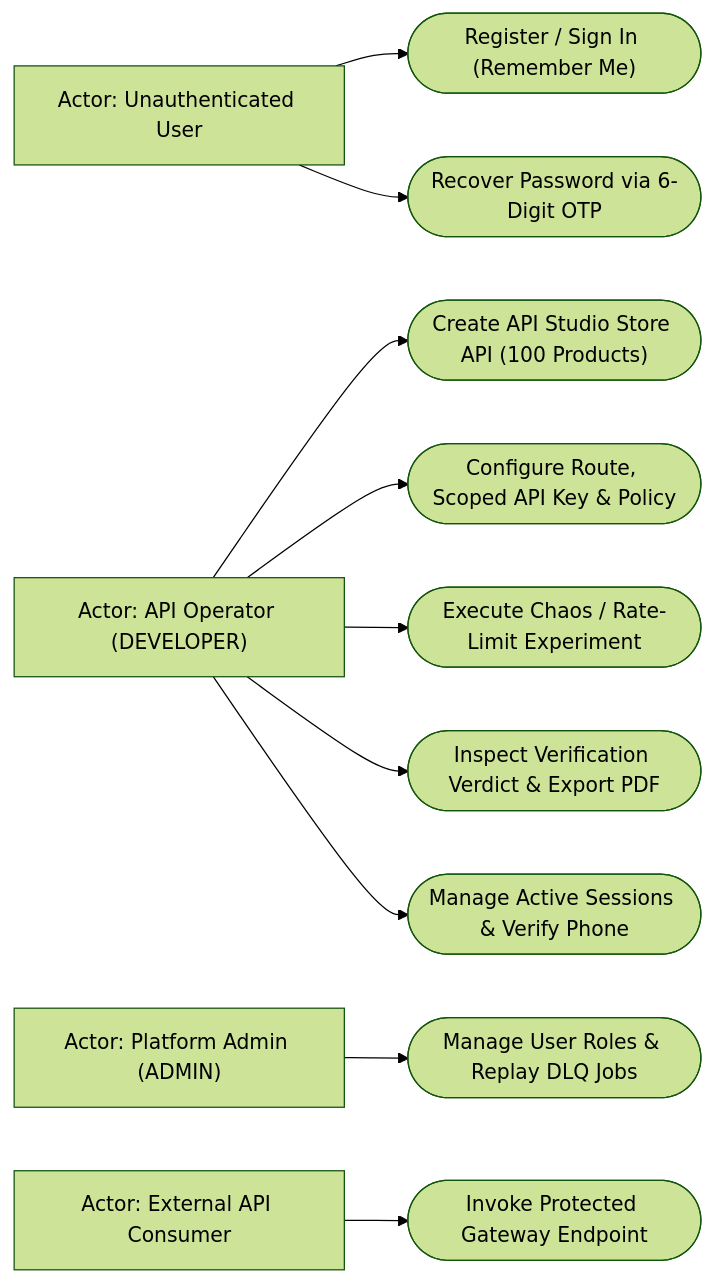
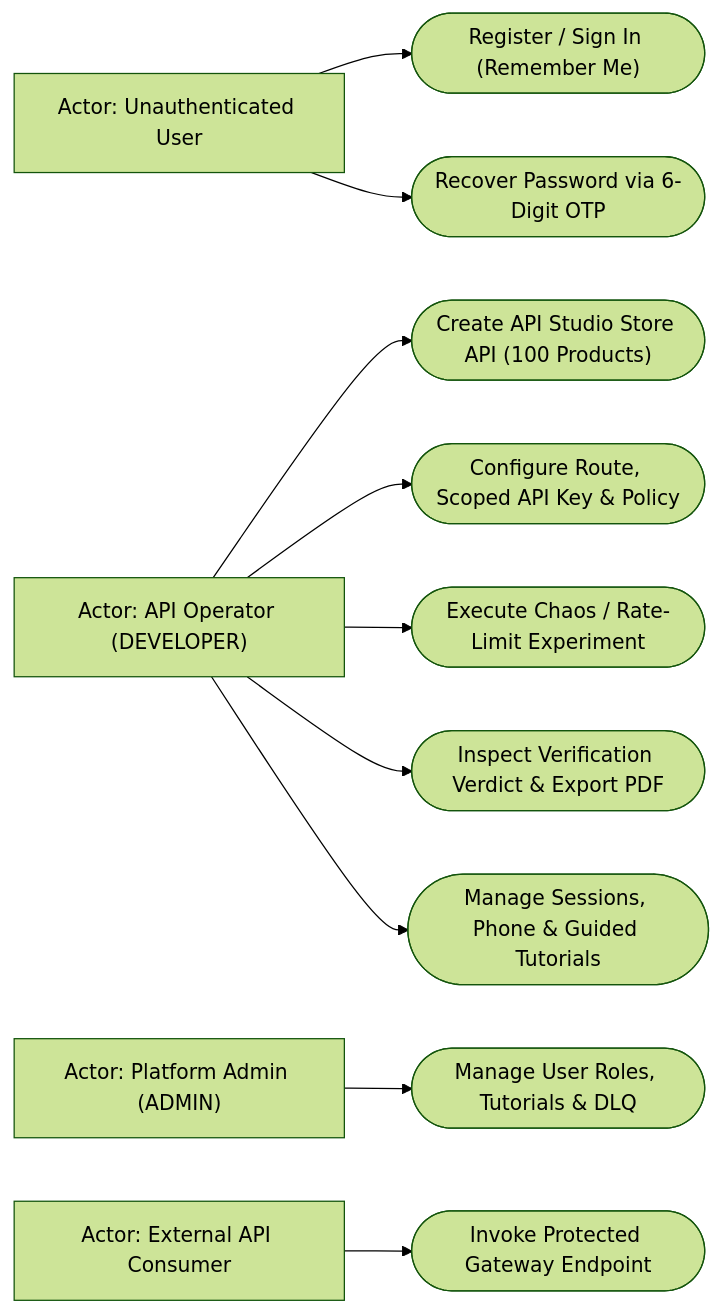
Before and after one commit to mr-vdnt/FortiX: the diagram in docs/reports/diagrams/fig05_use_case.mmd, drawn with Mermaid (forest theme). The commit also changed 124 other files, not shown here.

First line of the commit message:
feat(learn,auth,docs): add Video Learning Center (FTX-LEARN-001), harden Login/OTP flows, and update 86-page B.Tech IT Project Report

```diff
--- a/docs/reports/diagrams/fig05_use_case.mmd
+++ b/docs/reports/diagrams/fig05_use_case.mmd
@@ -1,10 +1,10 @@
 flowchart LR
   VIS["Actor: Unauthenticated User"] --> UC1(["Register / Sign In (Remember Me)"])
   VIS --> UC2(["Recover Password via 6-Digit OTP"])
   DEV["Actor: API Operator (DEVELOPER)"] --> UC3(["Create API Studio Store API (100 Products)"])
   DEV --> UC4(["Configure Route, Scoped API Key & Policy"])
   DEV --> UC5(["Execute Chaos / Rate-Limit Experiment"])
   DEV --> UC6(["Inspect Verification Verdict & Export PDF"])
-  DEV --> UC7(["Manage Active Sessions & Verify Phone"])
-  ADM["Actor: Platform Admin (ADMIN)"] --> UC8(["Manage User Roles & Replay DLQ Jobs"])
+  DEV --> UC7(["Manage Sessions, Phone & Guided Tutorials"])
+  ADM["Actor: Platform Admin (ADMIN)"] --> UC8(["Manage User Roles, Tutorials & DLQ"])
   CLI["Actor: External API Consumer"] --> UC9(["Invoke Protected Gateway Endpoint"])
```
